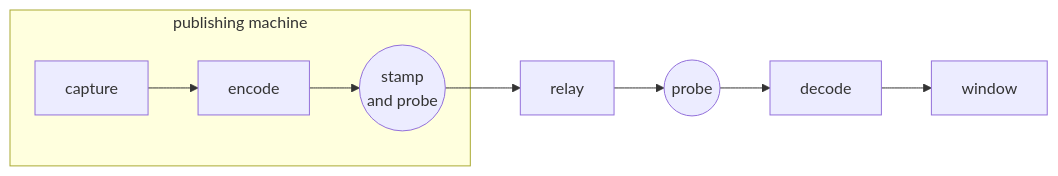
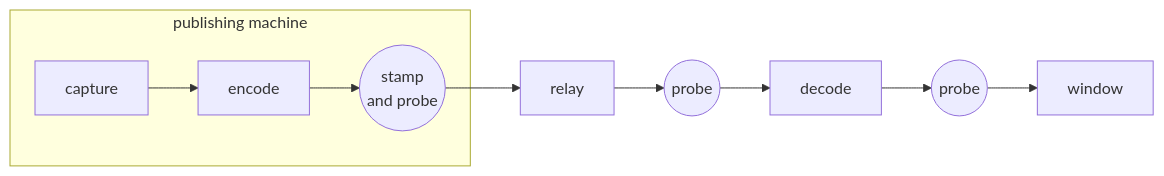
One commit to bjoern621/screen-sharing changed the diagram in docs/delay-measurement.md. Above: the diagram before and after it, drawn with Mermaid. The commit also changed other lines of this file and 12 other files, not shown here.

````diff
--- a/docs/delay-measurement.md
+++ b/docs/delay-measurement.md
@@ -10,8 +10,8 @@
 ```mermaid
 flowchart LR
     subgraph P["publishing machine"]
         C[capture] --> E[encode] --> S(("stamp<br/>and probe"))
     end
     S --> R[relay]
-    R --> D(("probe")) --> V[decode] --> W[window]
+    R --> D(("probe")) --> V[decode] --> K(("probe")) --> W[window]
 ```
````
